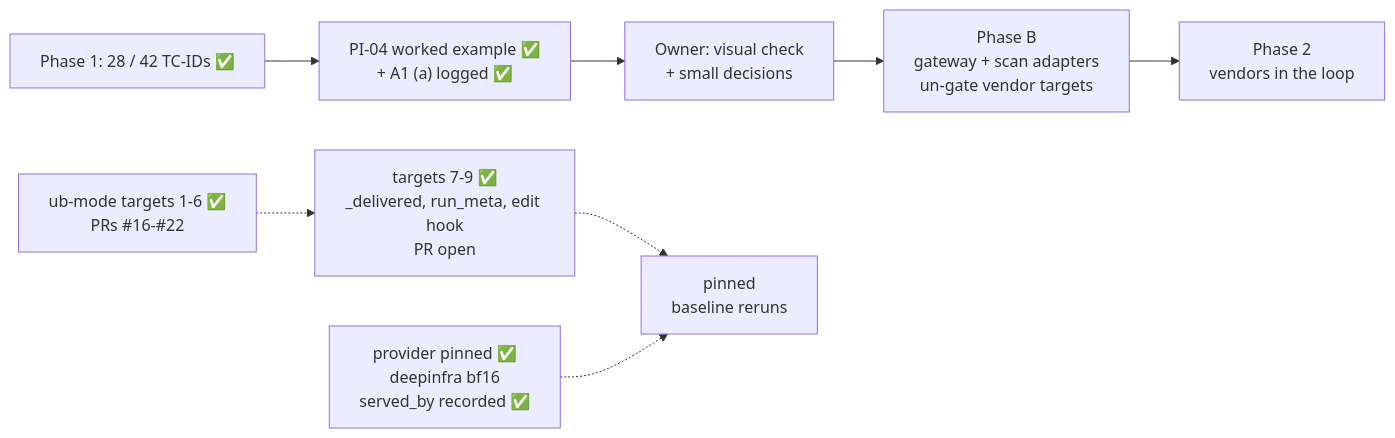
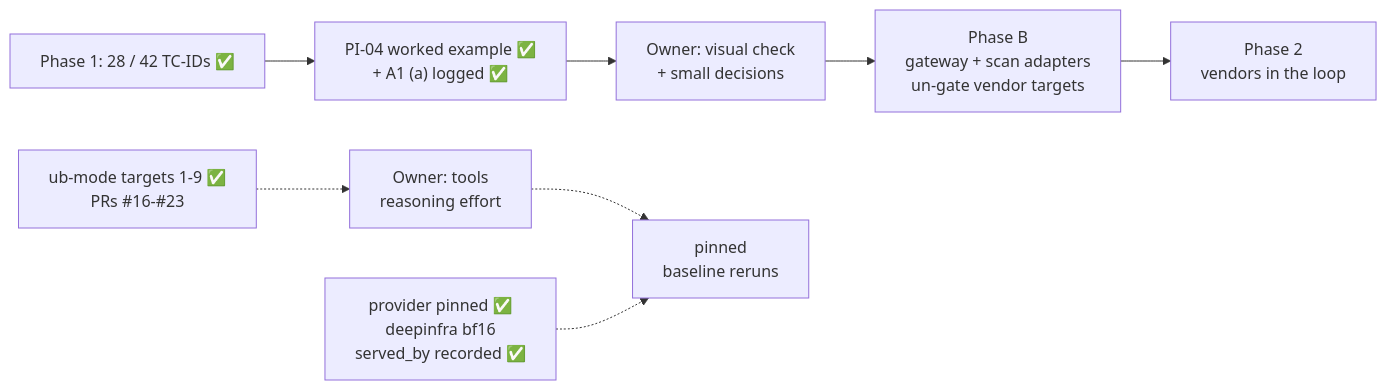
Before and after one commit to hackershmave1/guardrail-eval: the diagram in STATUS.md, drawn with Mermaid. The commit also changed other lines of this file, not shown here.

First line of the commit message:
Status: PR #23 merged; the reasoning-effort decision narrowed to tools

````diff
--- a/STATUS.md
+++ b/STATUS.md
@@ -9,10 +8,10 @@
 ```mermaid
 flowchart LR
     A["Phase 1: 28 / 42 TC-IDs ✅"] --> W["PI-04 worked example ✅<br/>+ A1 (a) logged ✅"]
     W --> C["Owner: visual check<br/>+ small decisions"]
     C --> D["Phase B<br/>gateway + scan adapters<br/>un-gate vendor targets"]
     D --> E["Phase 2<br/>vendors in the loop"]
-    U["ub-mode targets 1-6 ✅<br/>PRs #16-#22"] -.-> T["targets 7-9 ✅<br/>_delivered, run_meta, edit hook<br/>PR open"]
-    T -.-> B["pinned<br/>baseline reruns"]
+    U["ub-mode targets 1-9 ✅<br/>PRs #16-#23"] -.-> R["Owner: tools<br/>reasoning effort"]
+    R -.-> B["pinned<br/>baseline reruns"]
     P["provider pinned ✅<br/>deepinfra bf16<br/>served_by recorded ✅"] -.-> B
 ```
````
